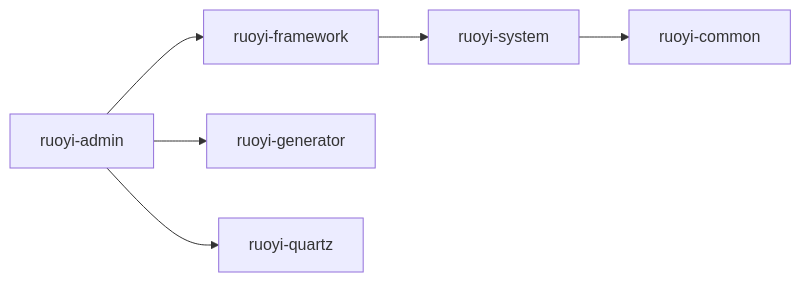
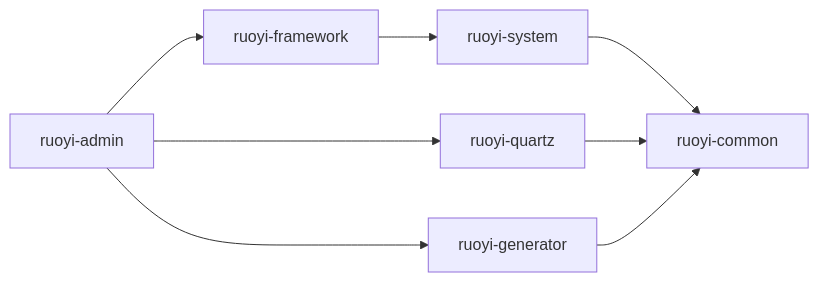
Before and after one commit to Zt2tzzt/RuoYi-Vue: the diagram in Note/07-项目结构.md, drawn with Mermaid.

````diff
--- a/Note/07-项目结构.md
+++ b/Note/07-项目结构.md
@@ -33,9 +33,11 @@
 ```mermaid
 graph LR
 A[ruoyi-admin]
   A -->B[ruoyi-framework]
   A -->C[ruoyi-generator]
   A -->D[ruoyi-quartz]
     B -->E[ruoyi-system]
     E -->F[ruoyi-common]
+    D -->F
+    C -->F
 ```
````
